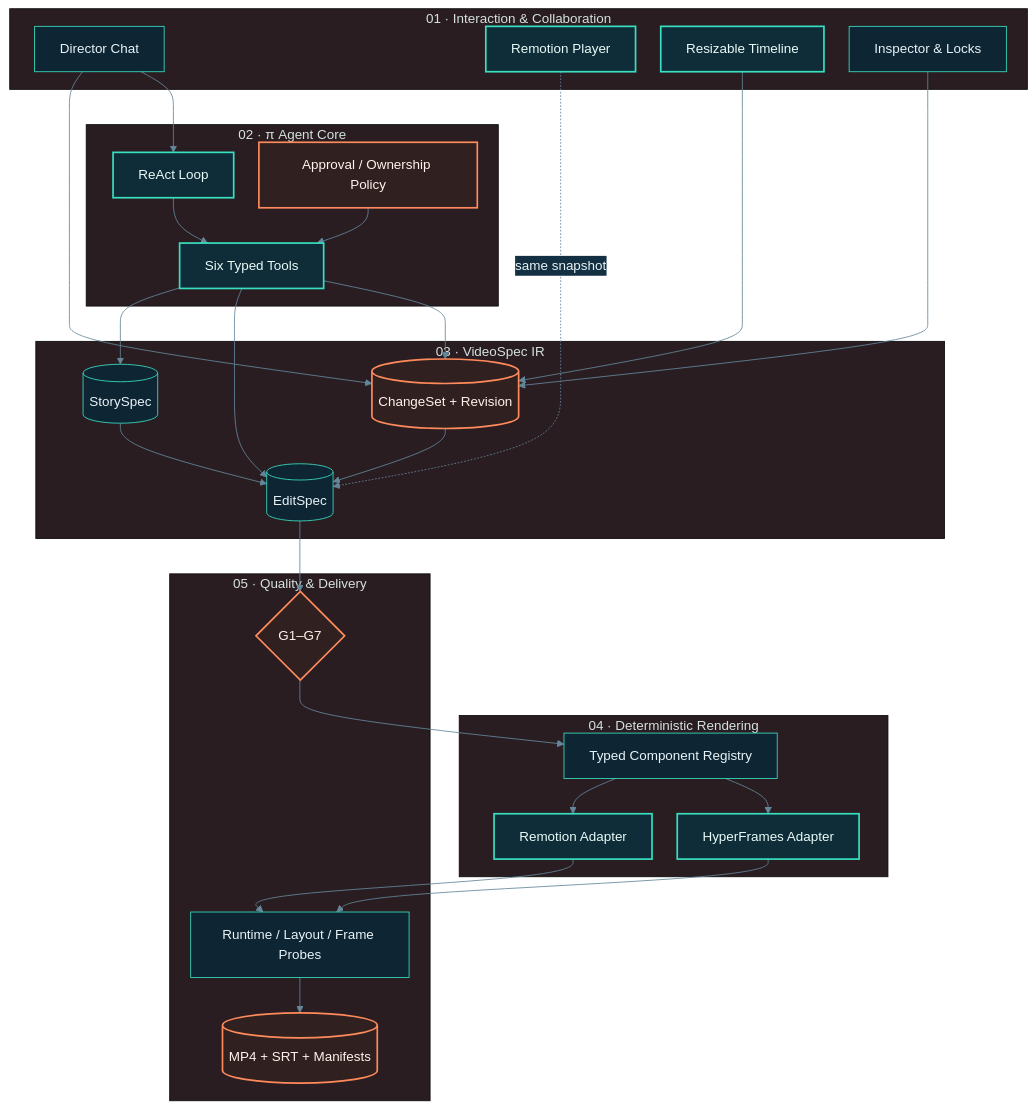
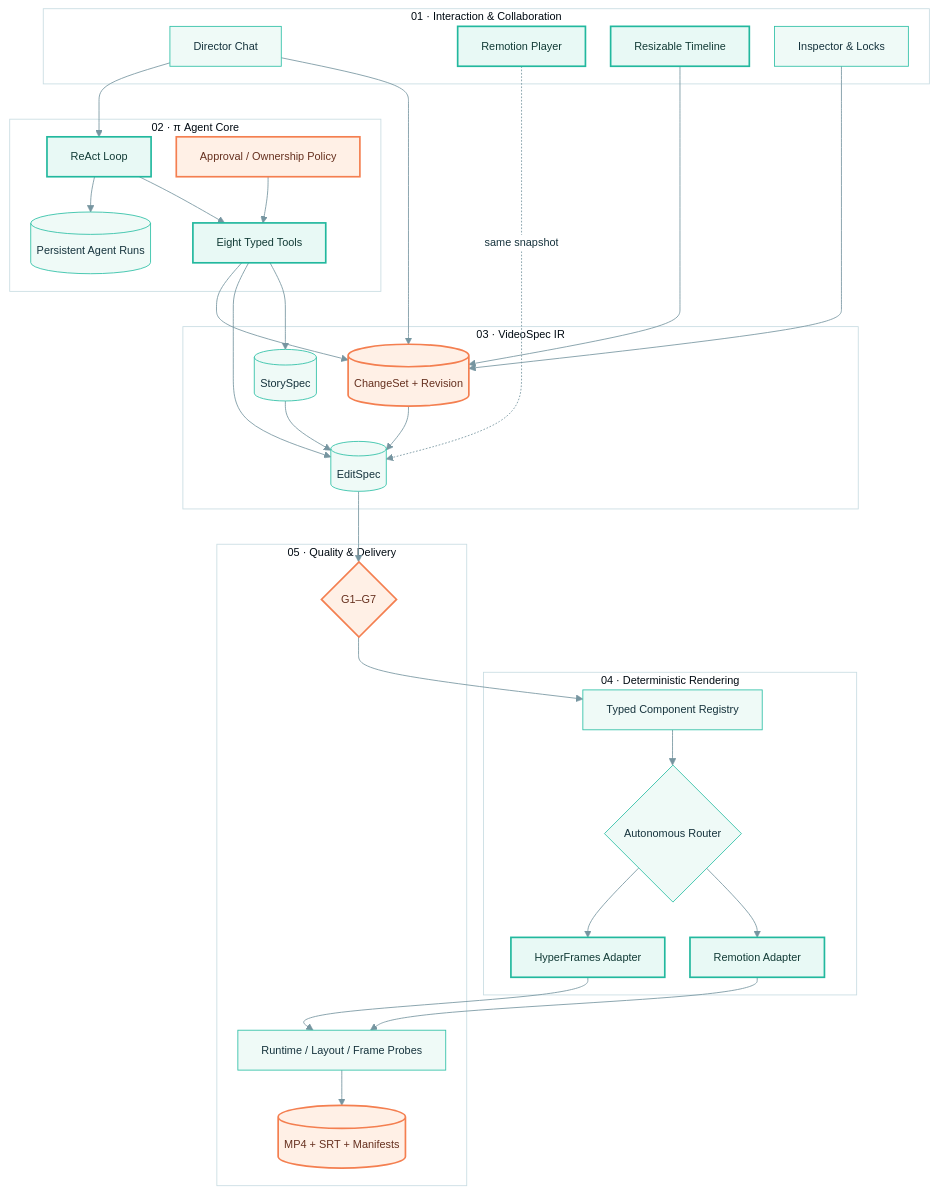
One commit to panhh0804/PyCut changed the first of 2 diagrams in README.md. Above: the diagram before and after it, drawn with Mermaid. The commit also changed other lines of this file and 53 other files, not shown here.

````diff
--- a/README.md
+++ b/README.md
@@ -24,51 +28,54 @@
 ```mermaid
-%%{init: {"theme":"base","themeVariables":{"primaryColor":"#0E2534","primaryTextColor":"#E8F4F8","primaryBorderColor":"#38E0C1","lineColor":"#63879A","secondaryColor":"#132F42","tertiaryColor":"#2A1D21","fontFamily":"Inter, PingFang SC, sans-serif"},"flowchart":{"curve":"basis","nodeSpacing":30,"rankSpacing":42}}}%%
+%%{init: {"theme":"base","themeVariables":{"background":"#F7FBFC","primaryColor":"#EFFAF7","primaryTextColor":"#16333D","primaryBorderColor":"#2CBFA5","lineColor":"#7695A0","secondaryColor":"#EEF5FF","tertiaryColor":"#FFF5ED","clusterBkg":"#FFFFFF","clusterBorder":"#C8DCE2","edgeLabelBackground":"#FFFFFF","fontFamily":"Inter, PingFang SC, sans-serif","fontSize":"13px"},"flowchart":{"curve":"basis","nodeSpacing":30,"rankSpacing":42,"padding":14}}}%%
 flowchart TB
     subgraph EXPERIENCE["01 · Interaction & Collaboration"]
       CHAT["Director Chat"]
       PLAYER["Remotion Player"]
       TIMELINE["Resizable Timeline"]
       INSPECTOR["Inspector & Locks"]
     end
 
     subgraph AGENT["02 · π Agent Core"]
       REACT["ReAct Loop"]
       POLICY["Approval / Ownership Policy"]
-      TOOLS["Six Typed Tools"]
+      TOOLS["Eight Typed Tools"]
+      TRACE[("Persistent Agent Runs")]
     end
 
     subgraph SPEC["03 · VideoSpec IR"]
       STORY[("StorySpec")]
       EDIT[("EditSpec")]
       CHANGE[("ChangeSet + Revision")]
     end
 
     subgraph ENGINES["04 · Deterministic Rendering"]
       REMOTION["Remotion Adapter"]
       HF["HyperFrames Adapter"]
+      ROUTER{"Autonomous Router"}
       COMPONENTS["Typed Component Registry"]
     end
 
     subgraph QUALITY["05 · Quality & Delivery"]
       GATES{"G1–G7"}
       PROBES["Runtime / Layout / Frame Probes"]
       PACKAGE[("MP4 + SRT + Manifests")]
     end
 
     CHAT & TIMELINE & INSPECTOR --> CHANGE
     CHAT --> REACT --> TOOLS
     POLICY --> TOOLS
     TOOLS --> STORY & EDIT & CHANGE
+    REACT --> TRACE
     CHANGE --> EDIT
     STORY --> EDIT
     EDIT --> GATES
     GATES --> COMPONENTS
-    COMPONENTS --> REMOTION & HF
+    COMPONENTS --> ROUTER --> REMOTION & HF
     REMOTION & HF --> PROBES --> PACKAGE
     PLAYER -. "same snapshot" .-> EDIT
 
-    classDef teal fill:#0E2D38,stroke:#38E0C1,color:#EAFBF8,stroke-width:2px;
-    classDef orange fill:#30201F,stroke:#FF8A5B,color:#FFF3ED,stroke-width:2px;
+    classDef teal fill:#E8F9F5,stroke:#22B89E,color:#123B36,stroke-width:2px;
+    classDef orange fill:#FFF0E6,stroke:#F47F50,color:#66301F,stroke-width:2px;
     class REACT,TOOLS,REMOTION,HF,PLAYER,TIMELINE teal;
     class POLICY,CHANGE,GATES,PACKAGE orange;
 ```
````
